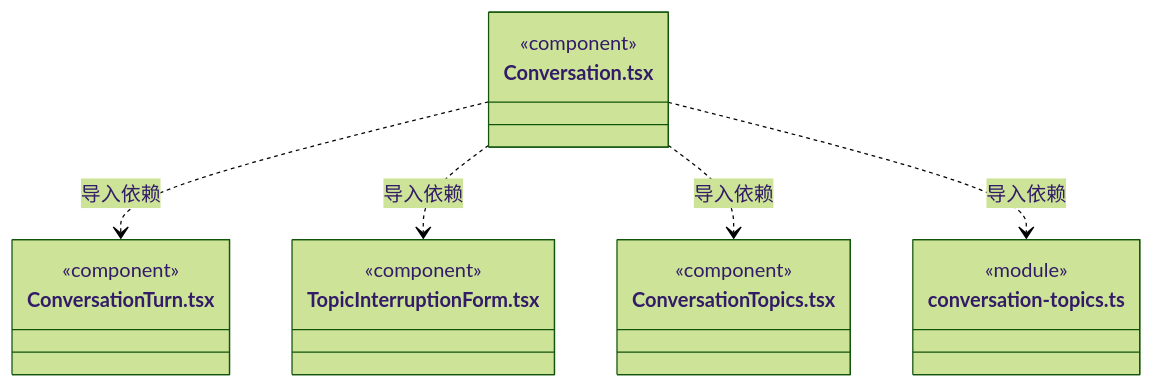
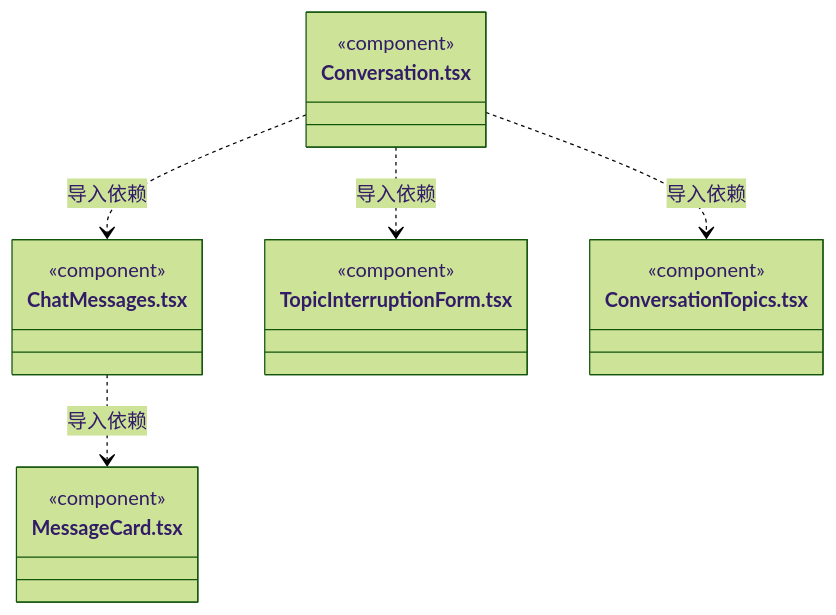
One commit to nan023062/cbim changed diagram 43 of 53 in src/view/conversation/ARCHITECTURE.md. Above: the diagram before and after it, drawn with Mermaid (forest theme). The commit also changed other lines of this file and 10 other files, not shown here.

Commit message:
feat(view): separate chat messages from read-only member work review

````diff
--- a/src/view/conversation/ARCHITECTURE.md
+++ b/src/view/conversation/ARCHITECTURE.md
@@ -623,22 +634,22 @@
 ```mermaid
 classDiagram
-class N_src_view_conversation_Conversation_tsx["Conversation.tsx"] {
+class N_src_view_conversation_ChatMessages_tsx["ChatMessages.tsx"] {
   <<component>>
 }
-class N_src_view_conversation_ConversationTurn_tsx["ConversationTurn.tsx"] {
+class N_src_view_conversation_MessageCard_tsx["MessageCard.tsx"] {
+  <<component>>
+}
+class N_src_view_conversation_Conversation_tsx["Conversation.tsx"] {
   <<component>>
 }
 class N_src_view_conversation_TopicInterruptionForm_tsx["TopicInterruptionForm.tsx"] {
   <<component>>
 }
 class N_src_view_conversation_ConversationTopics_tsx["ConversationTopics.tsx"] {
   <<component>>
 }
-class N_src_view_conversation_conversation_topics_ts["conversation-topics.ts"] {
-  <<module>>
-}
-N_src_view_conversation_Conversation_tsx ..> N_src_view_conversation_ConversationTurn_tsx : 导入依赖
+N_src_view_conversation_ChatMessages_tsx ..> N_src_view_conversation_MessageCard_tsx : 导入依赖
+N_src_view_conversation_Conversation_tsx ..> N_src_view_conversation_ChatMessages_tsx : 导入依赖
 N_src_view_conversation_Conversation_tsx ..> N_src_view_conversation_TopicInterruptionForm_tsx : 导入依赖
 N_src_view_conversation_Conversation_tsx ..> N_src_view_conversation_ConversationTopics_tsx : 导入依赖
-N_src_view_conversation_Conversation_tsx ..> N_src_view_conversation_conversation_topics_ts : 导入依赖
 ```
````
